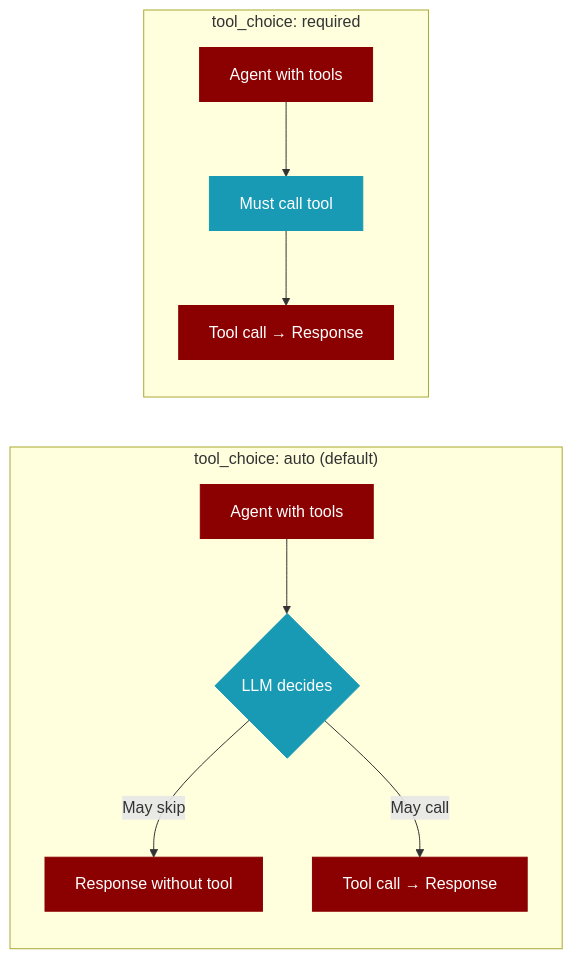
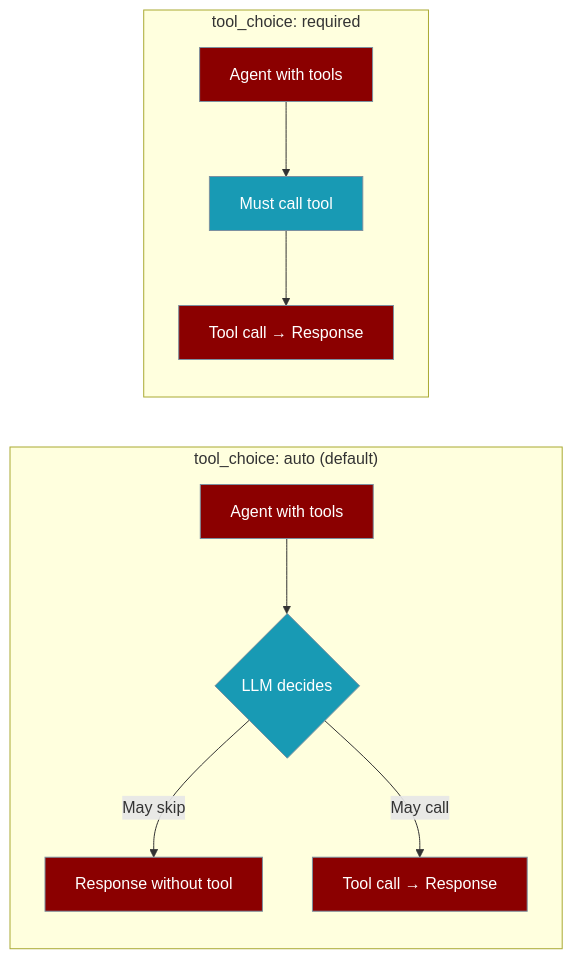
One commit to MervinPraison/PraisonAIDocs changed the fourth of 4 diagrams in docs/features/workflow-hierarchical.mdx. Above: the diagram before and after it, drawn with Mermaid. The commit also changed other lines of this file and 11 other files, not shown here.

First line of the commit message:
docs: Phase 0+1 compliance fixes — frontmatter, Steps, sequenceDiagram, graph LR (fixes #1513)

````diff
--- a/docs/features/workflow-hierarchical.mdx
+++ b/docs/features/workflow-hierarchical.mdx
@@ -208,17 +253,17 @@
 ```mermaid
-flowchart LR
+graph LR
     subgraph Without["tool_choice: auto (default)"]
         A1["Agent with tools"]:::agent --> B1{"LLM decides"}:::manager
         B1 -->|"May skip"| C1["Response without tool"]:::output
         B1 -->|"May call"| D1["Tool call → Response"]:::output
     end
     
     subgraph With["tool_choice: required"]
         A2["Agent with tools"]:::agent --> B2["Must call tool"]:::manager
         B2 --> C2["Tool call → Response"]:::output
     end
     
-    classDef agent fill:#8B0000,color:#fff,stroke:#8B0000
-    classDef output fill:#8B0000,color:#fff,stroke:#8B0000
-    classDef manager fill:#189AB4,color:#fff,stroke:#189AB4
+    classDef agent fill:#8B0000,color:#fff,stroke:#7C90A0
+    classDef output fill:#8B0000,color:#fff,stroke:#7C90A0
+    classDef manager fill:#189AB4,color:#fff,stroke:#7C90A0
 ```
````
